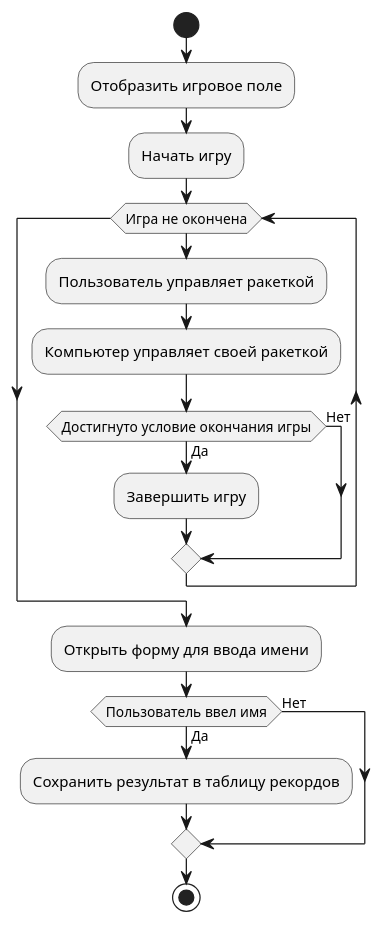
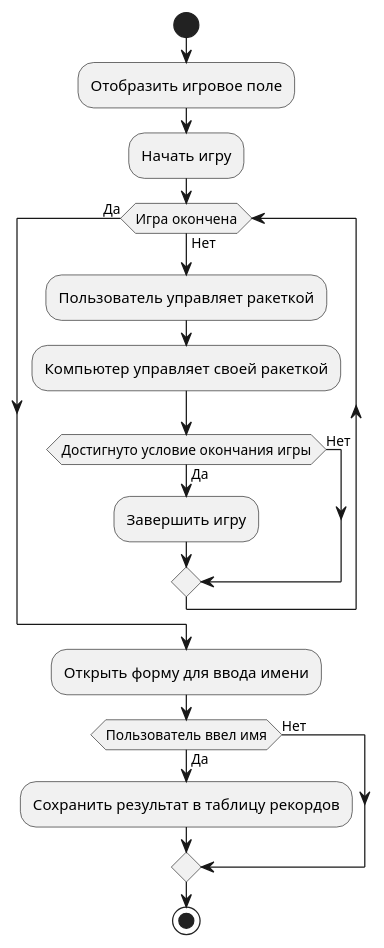
The diagram in docs/diagrams/game-vs-pc.puml (alexmarkovskii/lab1), drawn with PlantUML before and after one commit. The commit also changed 3 other files, not shown here.

Commit message:
diagrams updated

```diff
--- a/docs/diagrams/game-vs-pc.puml
+++ b/docs/diagrams/game-vs-pc.puml
@@ -1,23 +1,23 @@
 @startuml
 start
 
 :Отобразить игровое поле;
 :Начать игру;
 
-while (Игра не окончена)
+while (Игра окончена) is (Нет)
   :Пользователь управляет ракеткой;
   :Компьютер управляет своей ракеткой;
   if (Достигнуто условие окончания игры) then (Да)
     :Завершить игру;
   else (Нет)
   endif
-endwhile
+endwhile (Да)
 
 :Открыть форму для ввода имени;
 if (Пользователь ввел имя) then (Да)
   :Сохранить результат в таблицу рекордов;
 else (Нет)
 endif
 
 stop
 @enduml
```
